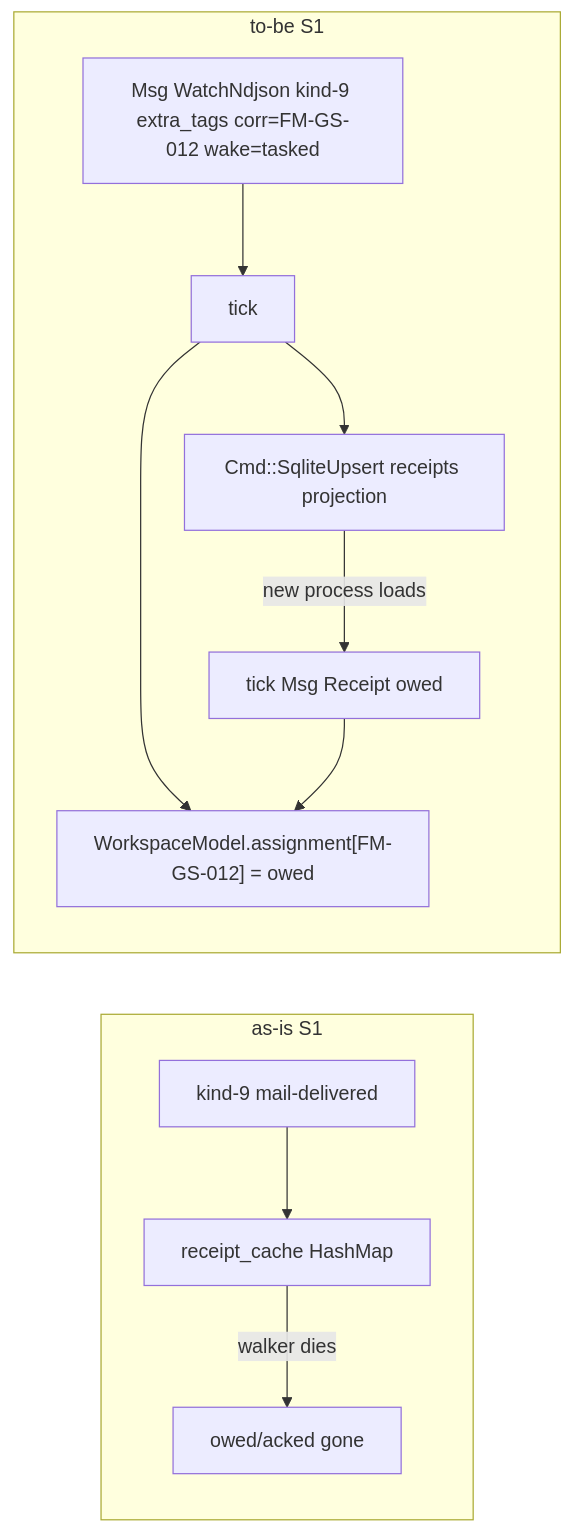
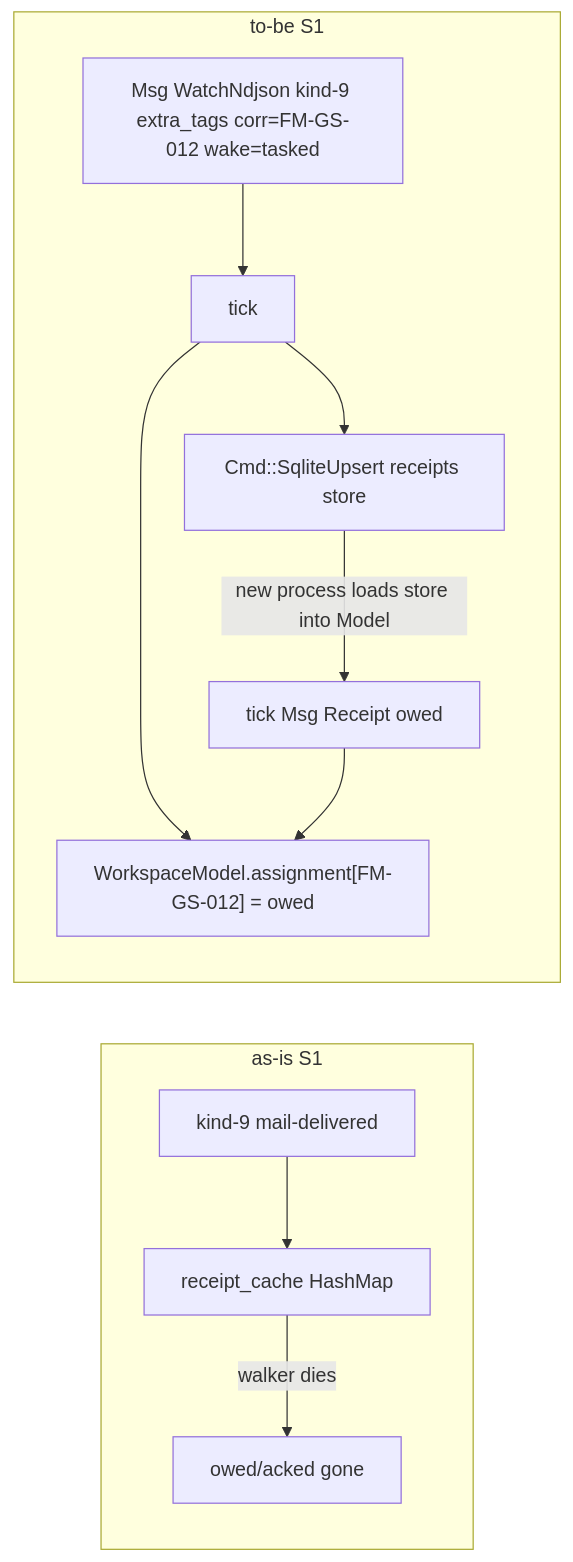
Before and after one commit to bangedorrunt/toron: diagram 16 of 20 in docs/decisions/0027-one-workspace-tick-control-plane.md, drawn with Mermaid. The commit also changed other lines of this file, not shown here.

First line of the commit message:
docs(adr): ADR-0027 — pin receipts store direction everywhere

````diff
--- a/docs/decisions/0027-one-workspace-tick-control-plane.md
+++ b/docs/decisions/0027-one-workspace-tick-control-plane.md
@@ -733,16 +733,16 @@
 ```mermaid
 flowchart LR
   subgraph s1now["as-is S1"]
     direction TB
     k9s1n["kind-9 mail-delivered"] --> cacheS1["receipt_cache HashMap"]
     cacheS1 -->|walker dies| goneS1["owed/acked gone"]
   end
   subgraph s1later["to-be S1"]
     direction TB
     k9s1["Msg WatchNdjson kind-9 extra_tags corr=FM-GS-012 wake=tasked"] --> tS1["tick"]
     tS1 --> asgS1["WorkspaceModel.assignment[FM-GS-012] = owed"]
-    tS1 --> sqlS1["Cmd::SqliteUpsert receipts projection"]
-    sqlS1 -->|new process loads| tS1b["tick  Msg Receipt owed"]
+    tS1 --> sqlS1["Cmd::SqliteUpsert receipts store"]
+    sqlS1 -->|new process loads store into Model| tS1b["tick  Msg Receipt owed"]
     tS1b --> asgS1
   end
 ```
````
